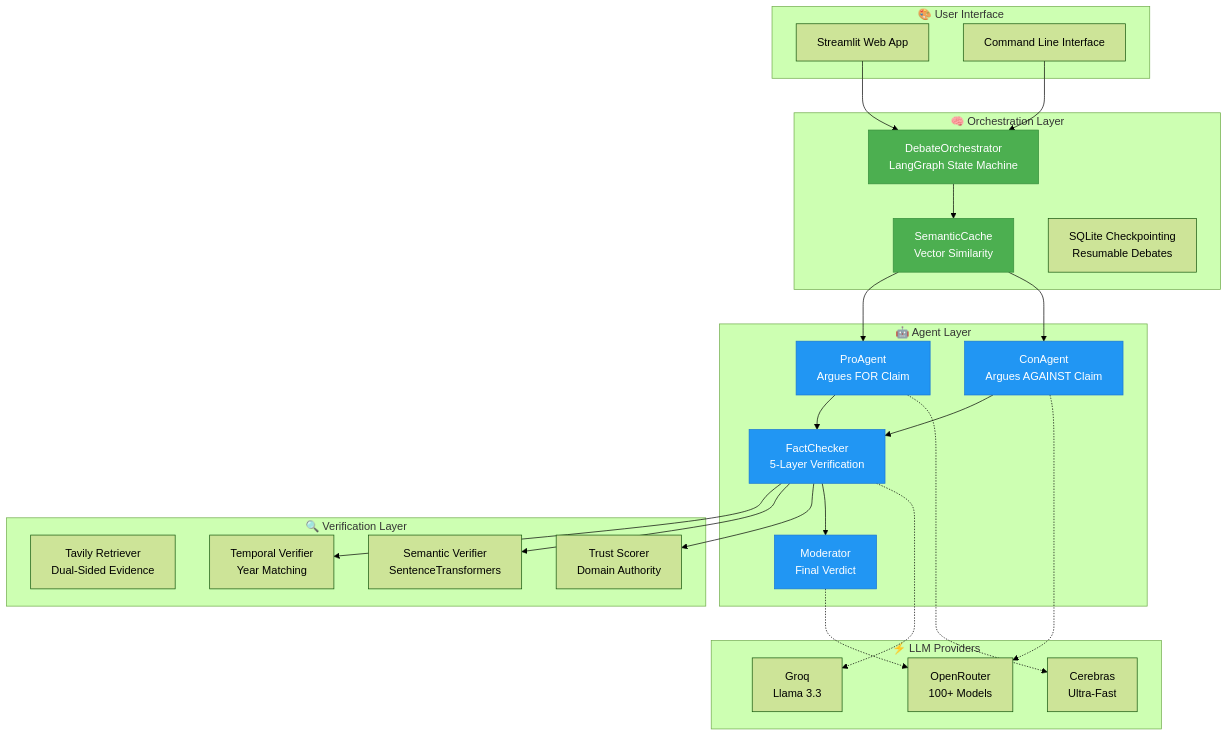
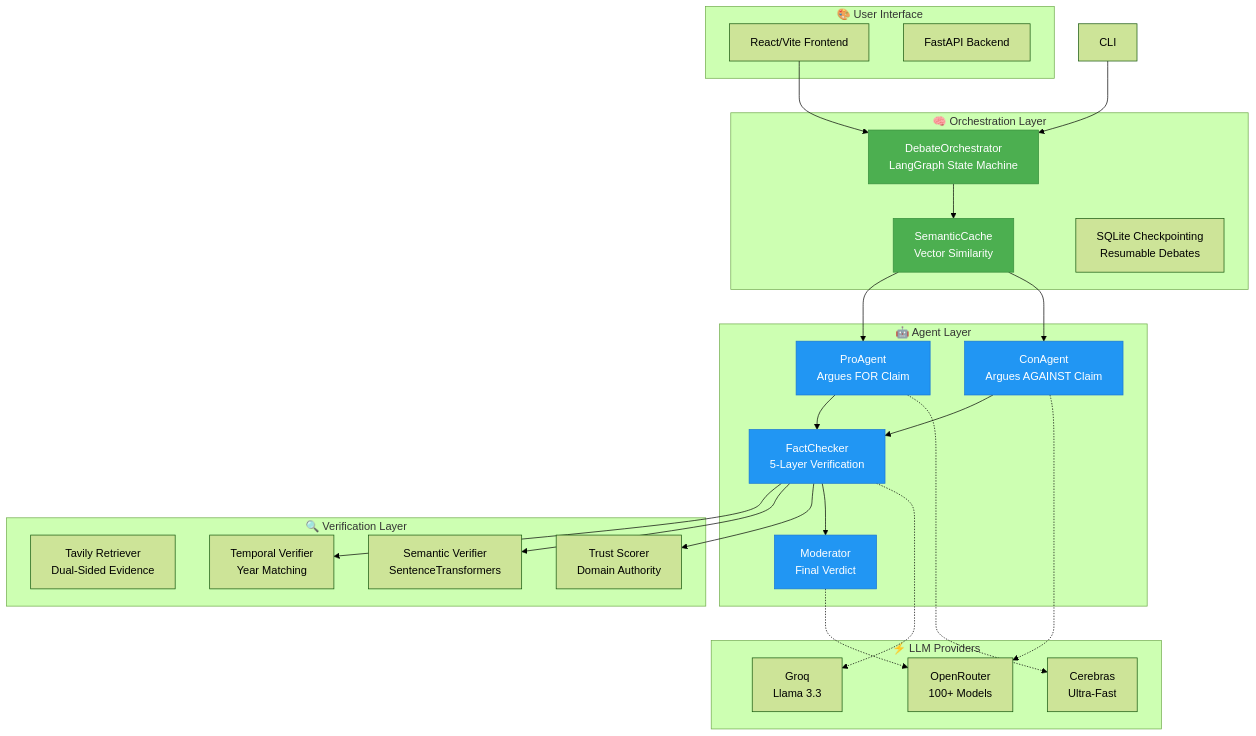
Before and after one commit to AyushDevadiga1/Insight-Swarm: the first of 8 diagrams in README.md, drawn with Mermaid (forest theme). The commit also changed other lines of this file, not shown here.

Commit message:
Updated the README with the new changes added for frontend

````diff
--- a/README.md
+++ b/README.md
@@ -53,54 +54,54 @@
 ```mermaid
 graph TB
     subgraph "🎨 User Interface"
-        UI[Streamlit Web App]
-        CLI[Command Line Interface]
+        UI[React/Vite Frontend]
+        API[FastAPI Backend]
     end
     
     subgraph "🧠 Orchestration Layer"
         ORCH[DebateOrchestrator<br/>LangGraph State Machine]
         CACHE[SemanticCache<br/>Vector Similarity]
         PERSIST[SQLite Checkpointing<br/>Resumable Debates]
     end
     
     subgraph "🤖 Agent Layer"
         PRO[ProAgent<br/>Argues FOR Claim]
         CON[ConAgent<br/>Argues AGAINST Claim]
         FACT[FactChecker<br/>5-Layer Verification]
         MOD[Moderator<br/>Final Verdict]
     end
     
     subgraph "🔍 Verification Layer"
         TAVILY[Tavily Retriever<br/>Dual-Sided Evidence]
         TEMPORAL[Temporal Verifier<br/>Year Matching]
         SEMANTIC[Semantic Verifier<br/>SentenceTransformers]
         TRUST[Trust Scorer<br/>Domain Authority]
     end
     
     subgraph "⚡ LLM Providers"
         CEREBRAS[Cerebras<br/>Ultra-Fast]
         OPENROUTER[OpenRouter<br/>100+ Models]
         GROQ[Groq<br/>Llama 3.3]
     end
     
     UI --> ORCH
     CLI --> ORCH
     ORCH --> CACHE
     CACHE --> PRO
     CACHE --> CON
     PRO --> FACT
     CON --> FACT
     FACT --> TEMPORAL
     FACT --> SEMANTIC
     FACT --> TRUST
     FACT --> MOD
     PRO -.-> CEREBRAS
     CON -.-> OPENROUTER
     MOD -.-> OPENROUTER
     FACT -.-> GROQ
     
     classDef primary fill:#4CAF50,stroke:#388E3C,color:#fff
     classDef secondary fill:#2196F3,stroke:#1976D2,color:#fff
     class ORCH,CACHE primary
     class PRO,CON,FACT,MOD secondary
 ```
````
